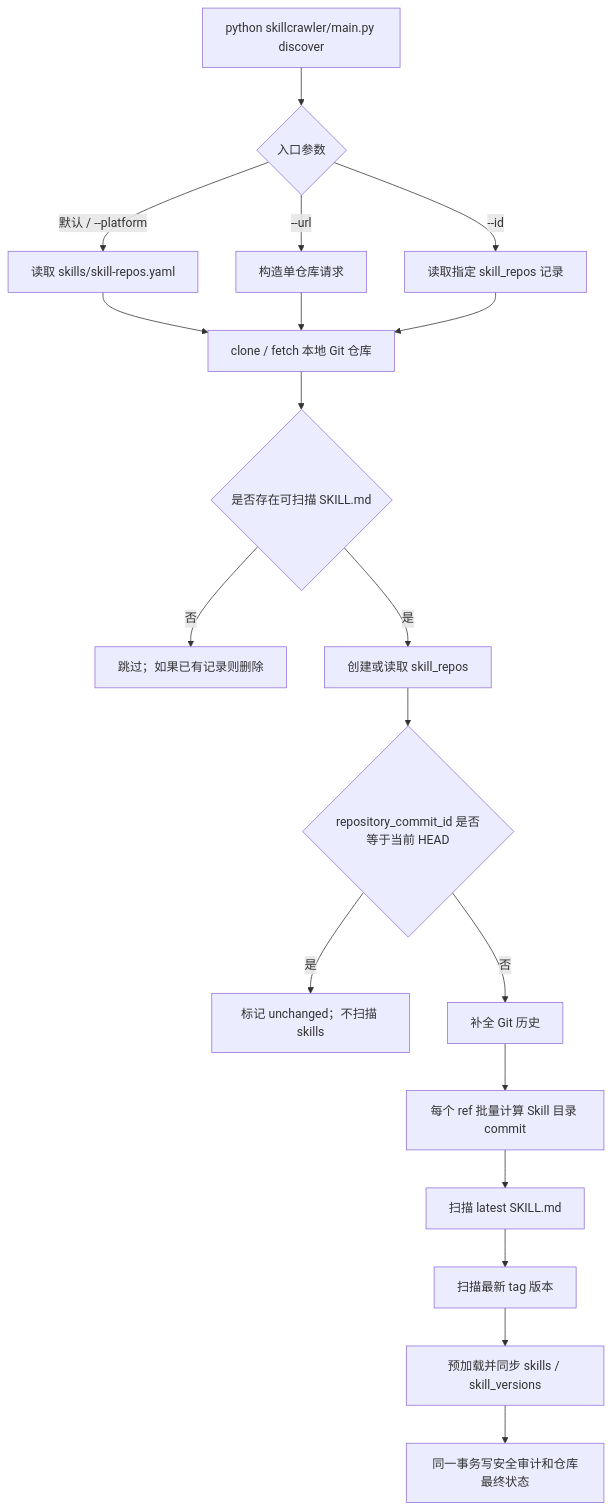
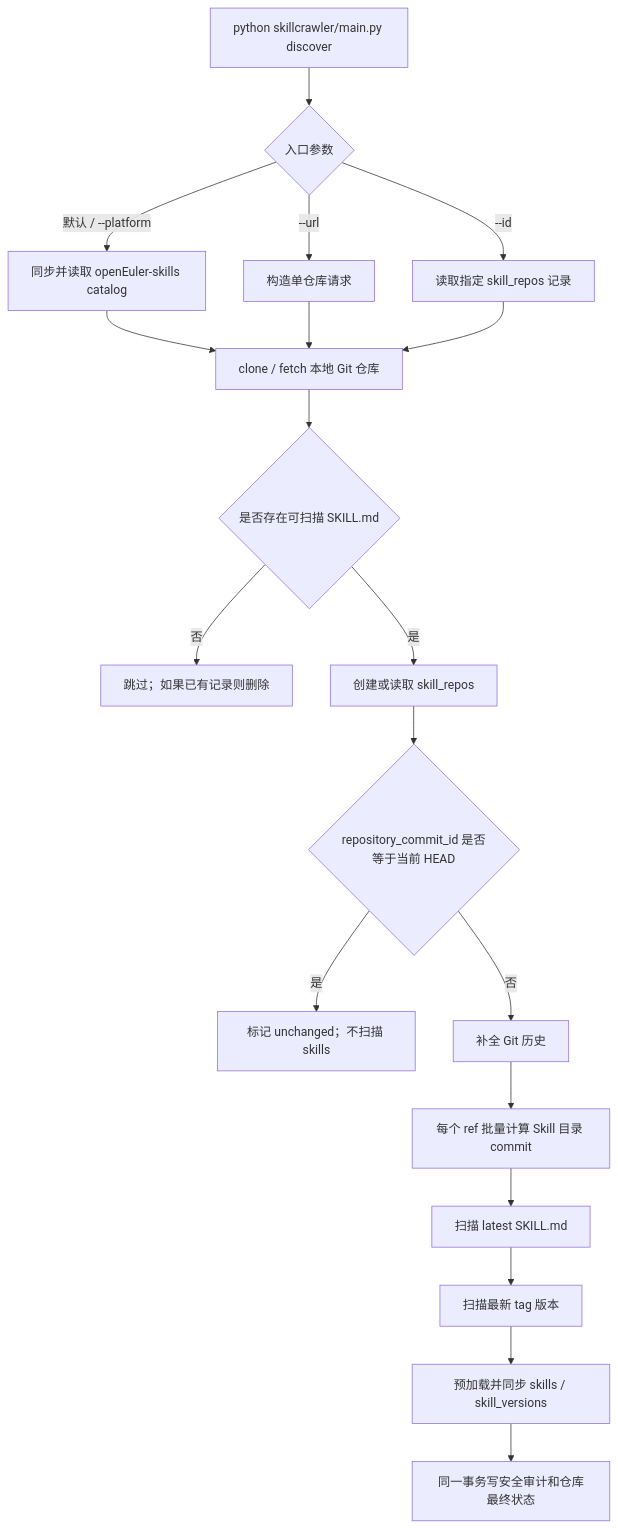
One commit to openeuler-mirror/wittyhub changed the first of 3 diagrams in skillcrawler/README.md. Above: the diagram before and after it, drawn with Mermaid. The commit also changed other lines of this file and 10 other files, not shown here.

````diff
--- a/skillcrawler/README.md
+++ b/skillcrawler/README.md
@@ -220,25 +215,25 @@
 ```mermaid
 flowchart TD
     A[python skillcrawler/main.py discover] --> B{入口参数}
-    B -->|默认 / --platform| C[读取 skills/skill-repos.yaml]
+    B -->|默认 / --platform| C[同步并读取 openEuler-skills catalog]
     B -->|--url| D[构造单仓库请求]
     B -->|--id| E[读取指定 skill_repos 记录]
 
     C --> G[clone / fetch 本地 Git 仓库]
     D --> G
     E --> G
 
     G --> H{是否存在可扫描 SKILL.md}
     H -->|否| I[跳过；如果已有记录则删除]
     H -->|是| J[创建或读取 skill_repos]
 
     J --> K{repository_commit_id 是否等于当前 HEAD}
     K -->|是| L[标记 unchanged；不扫描 skills]
     K -->|否| M[补全 Git 历史]
 
     M --> N[每个 ref 批量计算 Skill 目录 commit]
     N --> O[扫描 latest SKILL.md]
     O --> P[扫描最新 tag 版本]
     P --> Q[预加载并同步 skills / skill_versions]
     Q --> R[同一事务写安全审计和仓库最终状态]
 ```
````
